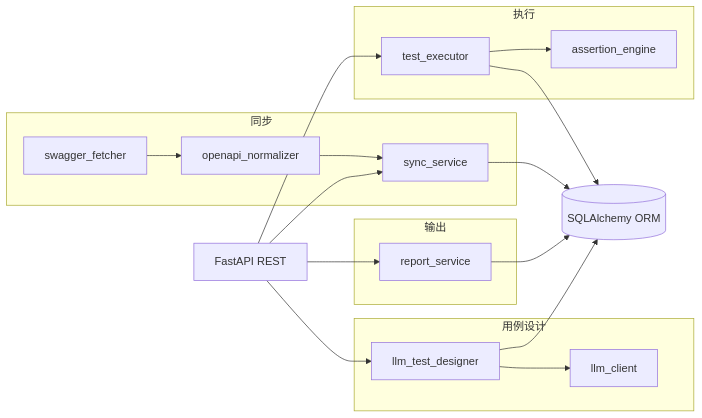
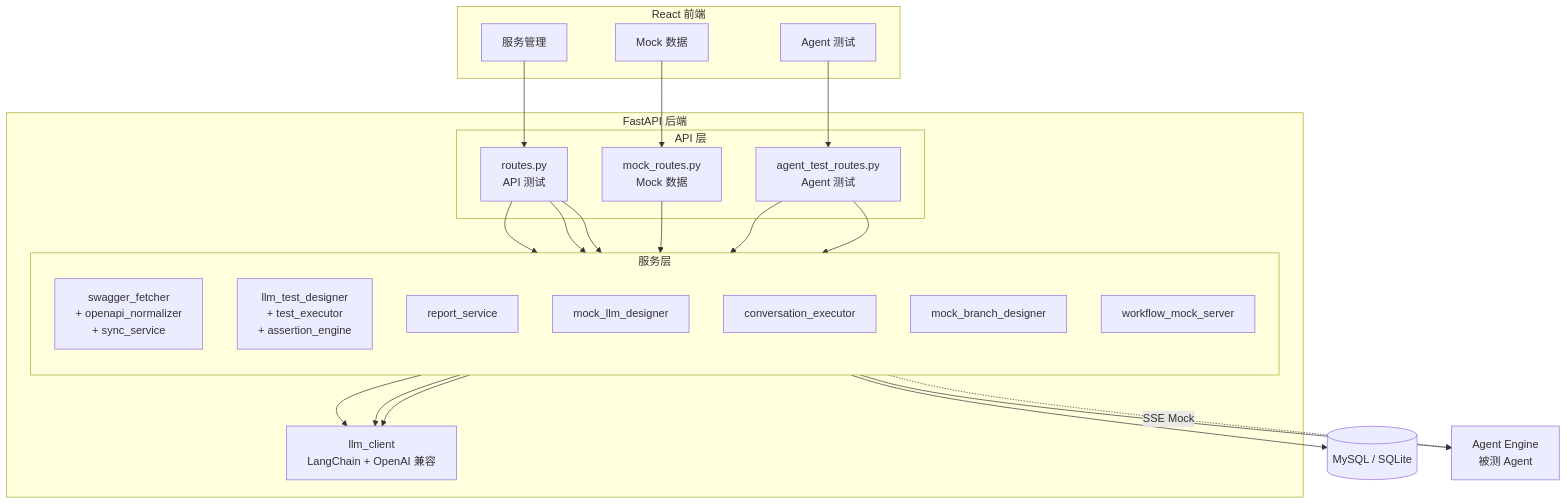
Before and after one commit to hugowxl/ApiTestOrchestrator: the diagram in README.md, drawn with Mermaid. The commit also changed other lines of this file and 14 other files, not shown here.

````diff
--- a/README.md
+++ b/README.md
@@ -7,32 +15,45 @@
 ```mermaid
-flowchart LR
-  subgraph ingest [同步]
-    SF[swagger_fetcher]
-    ON[openapi_normalizer]
-    SS[sync_service]
-    SF --> ON --> SS
+flowchart TB
+  subgraph frontend [React 前端]
+    SL[服务管理]
+    ML[Mock 数据]
+    AT[Agent 测试]
   end
-  subgraph design [用例设计]
-    LD[llm_test_designer]
-    LC[llm_client]
-    LD --> LC
+
+  subgraph backend [FastAPI 后端]
+    subgraph api [API 层]
+      R1[routes.py<br>API 测试]
+      R2[mock_routes.py<br>Mock 数据]
+      R3[agent_test_routes.py<br>Agent 测试]
+    end
+
+    subgraph services [服务层]
+      direction TB
+      S1[swagger_fetcher<br>+ openapi_normalizer<br>+ sync_service]
+      S2[llm_test_designer<br>+ test_executor<br>+ assertion_engine]
+      S3[report_service]
+      S4[mock_llm_designer]
+      S5[conversation_executor]
+      S6[mock_branch_designer]
+      S7[workflow_mock_server]
+    end
+
+    LC[llm_client<br>LangChain + OpenAI 兼容]
   end
-  subgraph run [执行]
-    TE[test_executor]
-    AE[assertion_engine]
-    TE --> AE
-  end
-  subgraph out [输出]
-    RS[report_service]
-  end
-  DB[(SQLAlchemy ORM)]
-  API[FastAPI REST]
-  SS --> DB
-  LD --> DB
-  TE --> DB
-  RS --> DB
-  API --> SS
-  API --> LD
-  API --> TE
-  API --> RS
+
+  DB[(MySQL / SQLite)]
+  AE[Agent Engine<br>被测 Agent]
+
+  SL --> R1
+  ML --> R2
+  AT --> R3
+  R1 --> S1 & S2 & S3
+  R2 --> S4
+  R3 --> S5 & S6
+  S2 --> LC
+  S4 --> LC
+  S6 --> LC
+  S5 --> AE
+  S7 -.->|SSE Mock| AE
+  services --> DB
 ```
````
